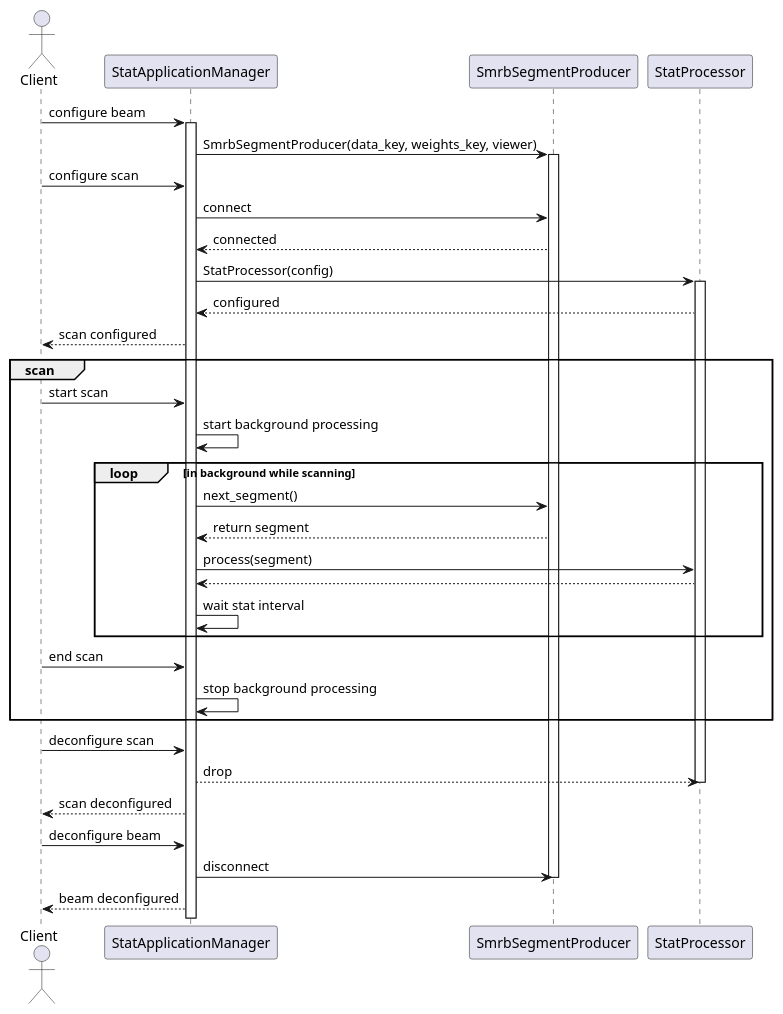
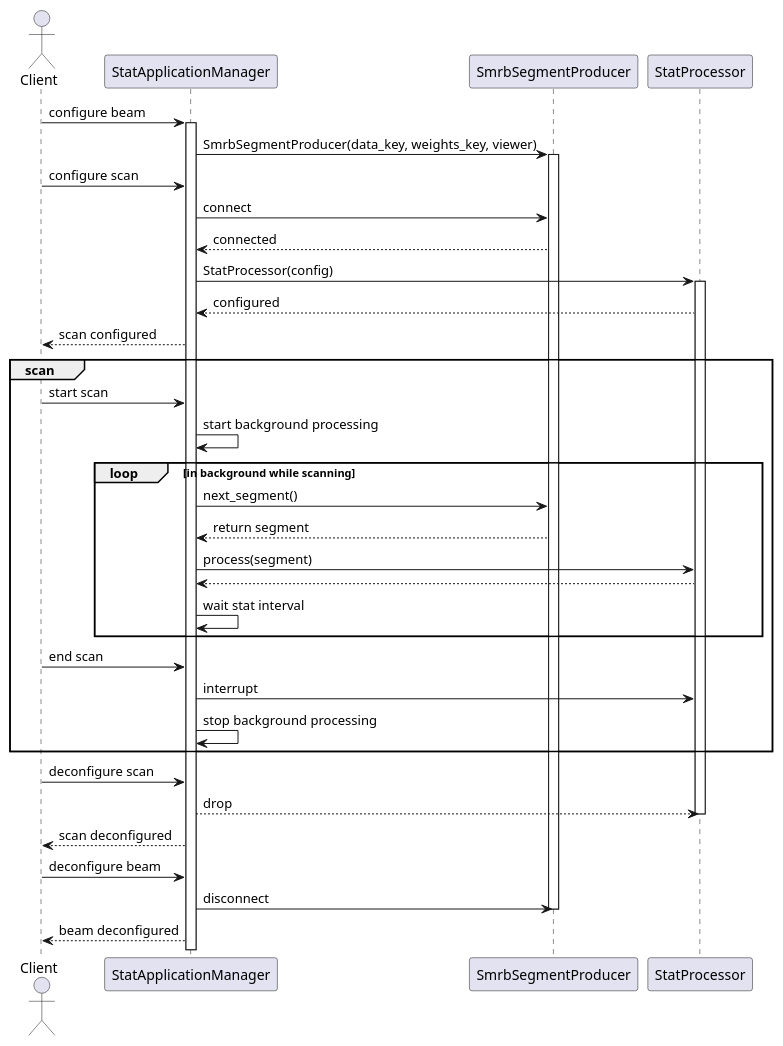
Before and after one commit to ska-telescope/ska-pst-stat: the diagram in docs/src/architecture/application_manager_seq.puml, drawn with PlantUML. The commit also changed 26 other files, not shown here.

```diff
--- a/docs/src/architecture/application_manager_seq.puml
+++ b/docs/src/architecture/application_manager_seq.puml
@@ -1,35 +1,36 @@
 @startuml PST STAT Client using SmrbSegmentProducer sequence
 actor Client
 Client -> StatApplicationManager: configure beam
 activate StatApplicationManager
 StatApplicationManager -> SmrbSegmentProducer: SmrbSegmentProducer(data_key, weights_key, viewer)
 activate SmrbSegmentProducer
 Client -> StatApplicationManager: configure scan
 StatApplicationManager -> SmrbSegmentProducer: connect
 StatApplicationManager <-- SmrbSegmentProducer: connected
 StatApplicationManager -> StatProcessor: StatProcessor(config)
 activate StatProcessor
 StatApplicationManager <-- StatProcessor: configured
 Client <-- StatApplicationManager: scan configured
 group scan
   Client -> StatApplicationManager: start scan
   StatApplicationManager -> StatApplicationManager: start background processing
   loop in background while scanning
       StatApplicationManager -> SmrbSegmentProducer: next_segment()
       StatApplicationManager <-- SmrbSegmentProducer: return segment
       StatApplicationManager -> StatProcessor: process(segment)
       StatApplicationManager <-- StatProcessor
       StatApplicationManager -> StatApplicationManager: wait stat interval
   end
   Client -> StatApplicationManager: end scan
+  StatApplicationManager -> StatProcessor: interrupt
   StatApplicationManager -> StatApplicationManager: stop background processing
 end
 Client -> StatApplicationManager: deconfigure scan
 StatApplicationManager --> StatProcessor: drop
 deactivate StatProcessor
 Client <-- StatApplicationManager: scan deconfigured
 Client -> StatApplicationManager: deconfigure beam
 StatApplicationManager -> SmrbSegmentProducer: disconnect
 deactivate SmrbSegmentProducer
 Client <-- StatApplicationManager: beam deconfigured
 @enduml
```
